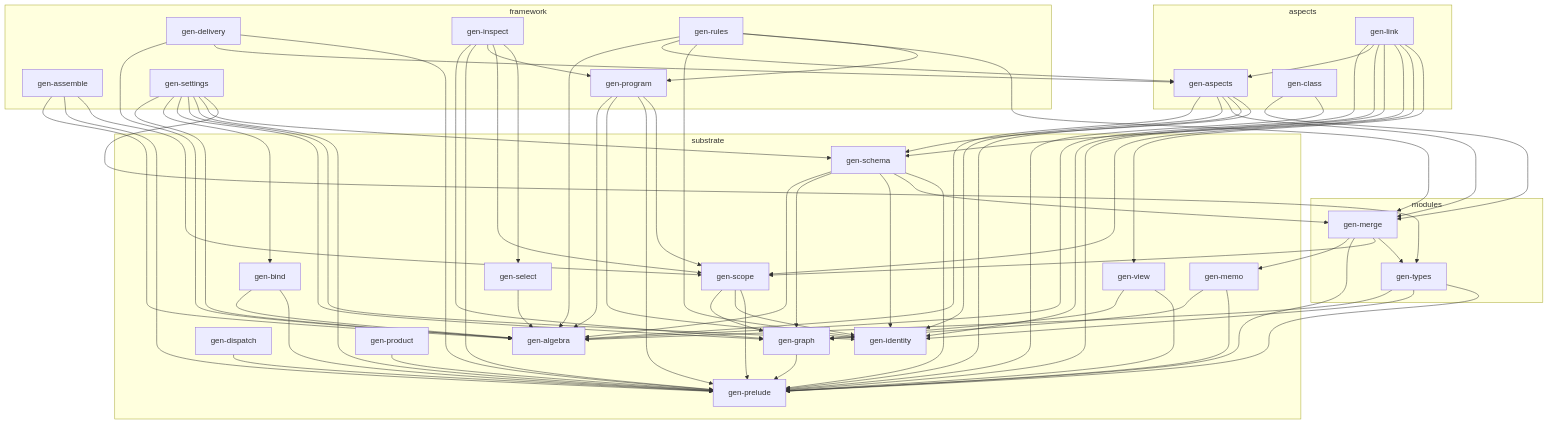
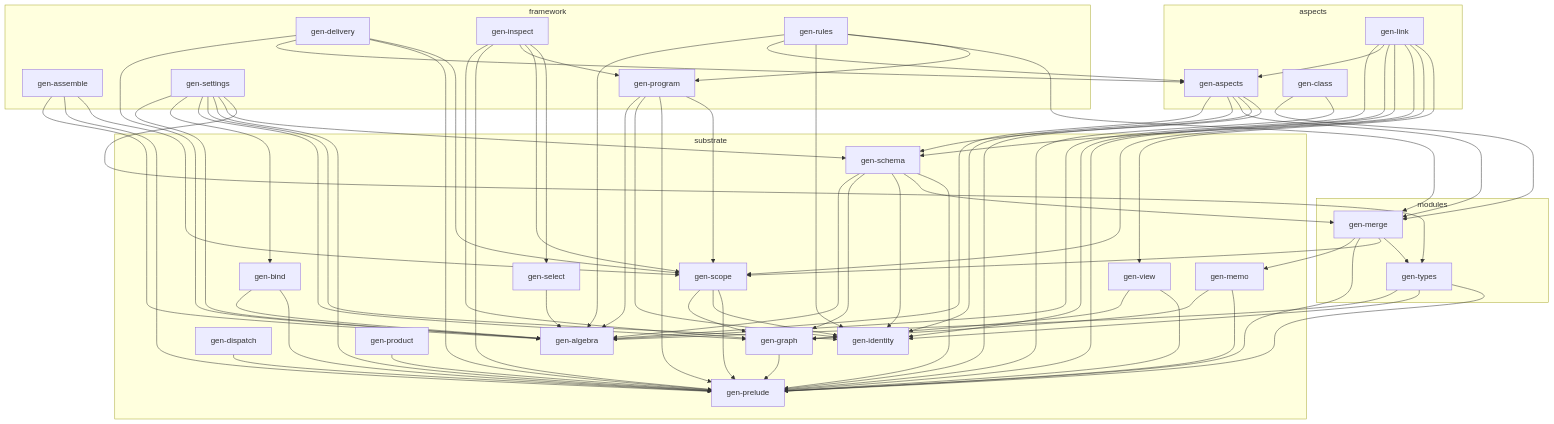
One commit to sini/gen changed the first of 4 diagrams in ARCHITECTURE.md. Above: the diagram before and after it, drawn with Mermaid. The commit also changed 5 other files, not shown here.

Commit message:
delivery takes scope: gen-delivery's project certifies its walk by a gen-scope query (den-hoag-htfv3-stage-c-graph-query-xm29n)

```diff
--- a/ARCHITECTURE.md
+++ b/ARCHITECTURE.md
@@ -86,6 +86,7 @@
   gen_delivery --> gen_algebra
   gen_delivery --> gen_aspects
   gen_delivery --> gen_prelude
+  gen_delivery --> gen_scope
   gen_dispatch --> gen_prelude
   gen_graph --> gen_prelude
   gen_inspect --> gen_graph
```
